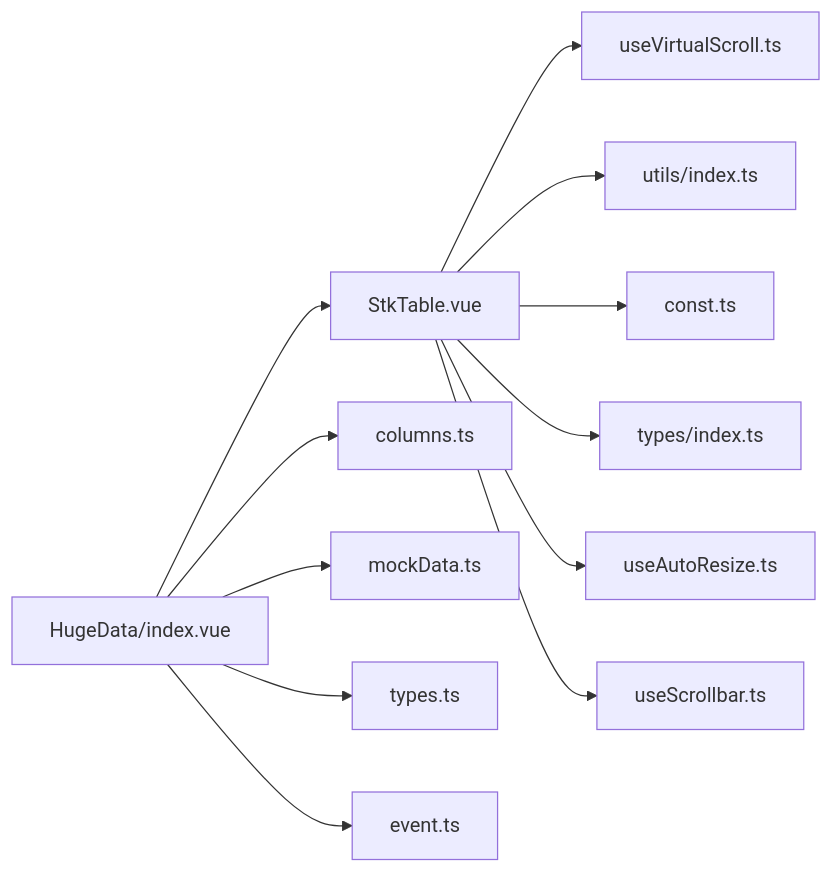
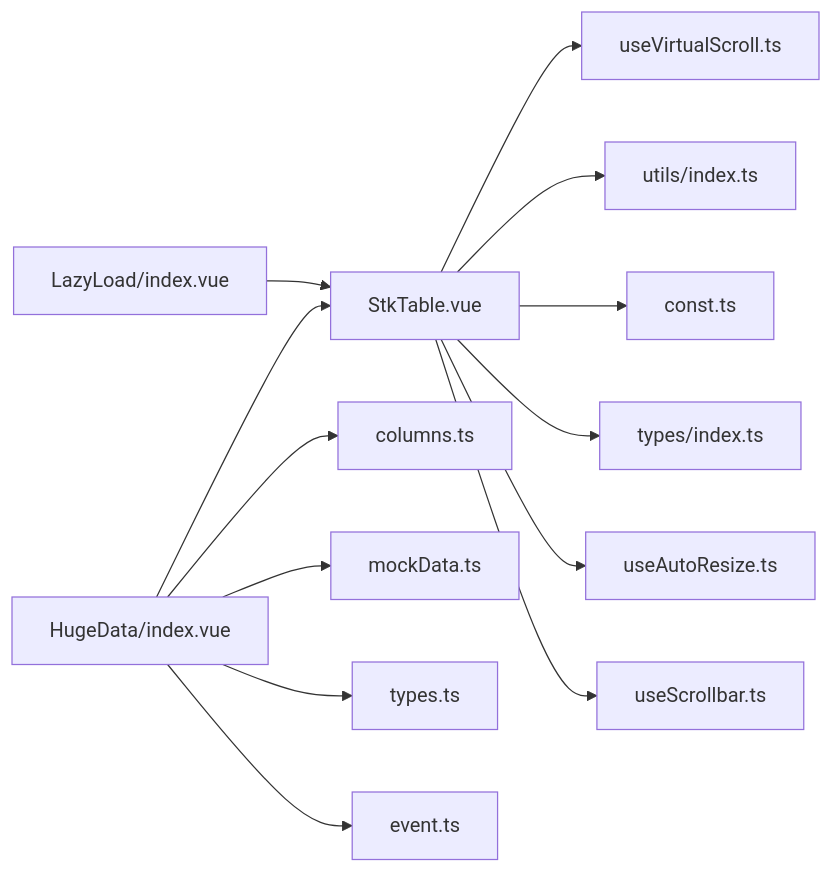
Before and after one commit to ja-plus/stk-table-vue: diagram 14 of 14 in .qoder/repowiki/en/content/Examples and Showcase/Huge Data Demonstration.md, drawn with Mermaid. The commit also changed other lines of this file and 7 other files, not shown here.

````diff
--- a/.qoder/repowiki/en/content/Examples and Showcase/Huge Data Demonstration.md
+++ b/.qoder/repowiki/en/content/Examples and Showcase/Huge Data Demonstration.md
@@ -287,14 +439,15 @@
 ```mermaid
 graph LR
 HD["HugeData/index.vue"] --> STK["StkTable.vue"]
 HD --> COLS["columns.ts"]
 HD --> MOCK["mockData.ts"]
 HD --> TYPES["types.ts"]
 HD --> EVT["event.ts"]
+LL["LazyLoad/index.vue"] --> STK
 STK --> VIRT["useVirtualScroll.ts"]
 STK --> UTIL["utils/index.ts"]
 STK --> CONST["const.ts"]
 STK --> TYPESCORE["types/index.ts"]
 STK --> AUTORESIZE["useAutoResize.ts"]
 STK --> SCROLLBAR["useScrollbar.ts"]
 ```
````
